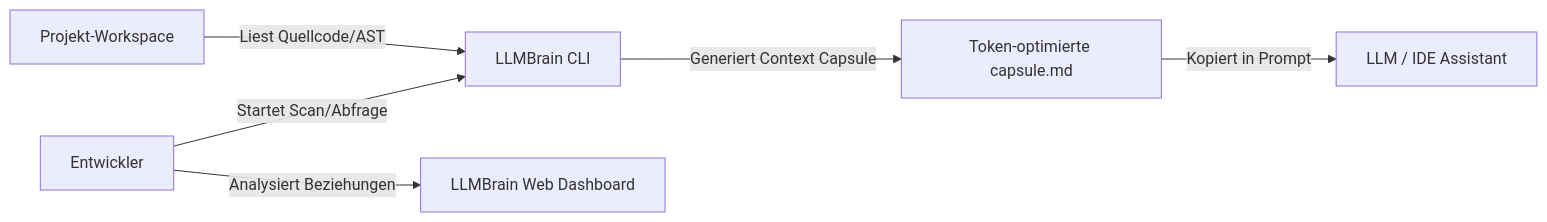
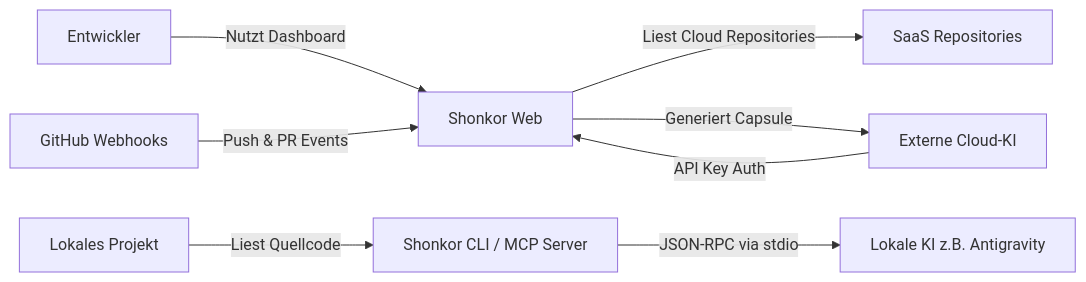
One commit to MrNedimBoztepe/Shonkor changed the diagram in docs/developer/arc42/03_system_scope_and_context.md. Above: the diagram before and after it, drawn with Mermaid. The commit also changed other lines of this file and 92 other files, not shown here.

First line of the commit message:
chore: rename LLMBrain -> Shonkor and harden engine, MCP & web

````diff
--- a/docs/developer/arc42/03_system_scope_and_context.md
+++ b/docs/developer/arc42/03_system_scope_and_context.md
@@ -11,10 +11,13 @@
 ```mermaid
 graph LR
-    Dev[Entwickler] -->|Startet Scan/Abfrage| CLI[LLMBrain CLI]
-    Dev -->|Analysiert Beziehungen| Web[LLMBrain Web Dashboard]
+    Dev[Entwickler] -->|Nutzt Dashboard| Web[Shonkor Web]
     
-    Workspace[Projekt-Workspace] -->|Liest Quellcode/AST| CLI
+    Workspace[Lokales Projekt] -->|Liest Quellcode| CLI[Shonkor CLI / MCP Server]
+    CLI -->|JSON-RPC via stdio| LLM_Lokal[Lokale KI z.B. Antigravity]
     
-    CLI -->|Generiert Context Capsule| Capsule[Token-optimierte capsule.md]
-    Capsule -->|Kopiert in Prompt| LLM[LLM / IDE Assistant]
+    GitHub[GitHub Webhooks] -->|Push & PR Events| Web
+    Web -->|Liest Cloud Repositories| CloudWorkspace[SaaS Repositories]
+    
+    LLM_Remote[Externe Cloud-KI] -->|API Key Auth| Web
+    Web -->|Generiert Capsule| LLM_Remote
 ```
````
